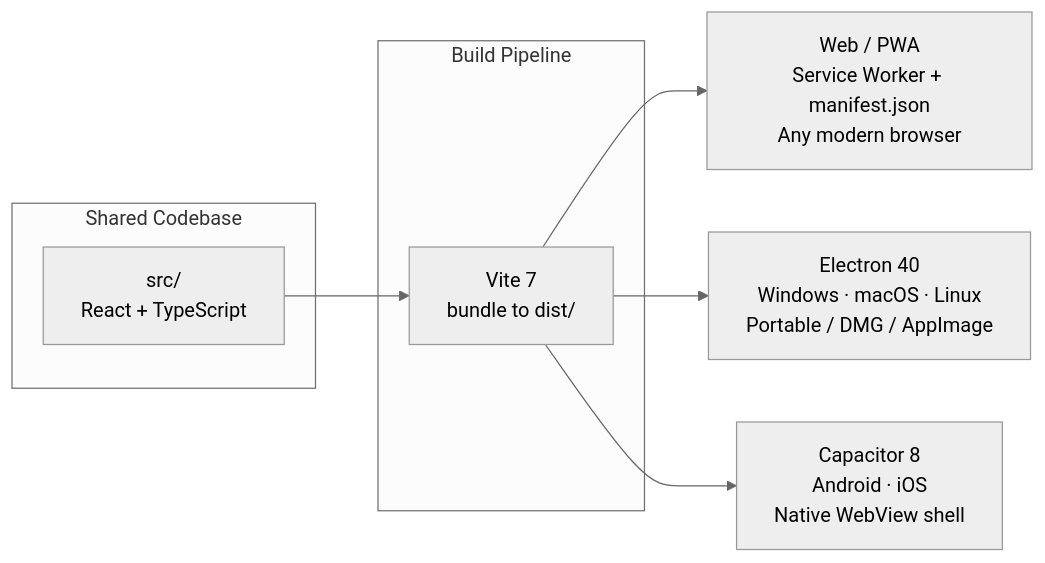
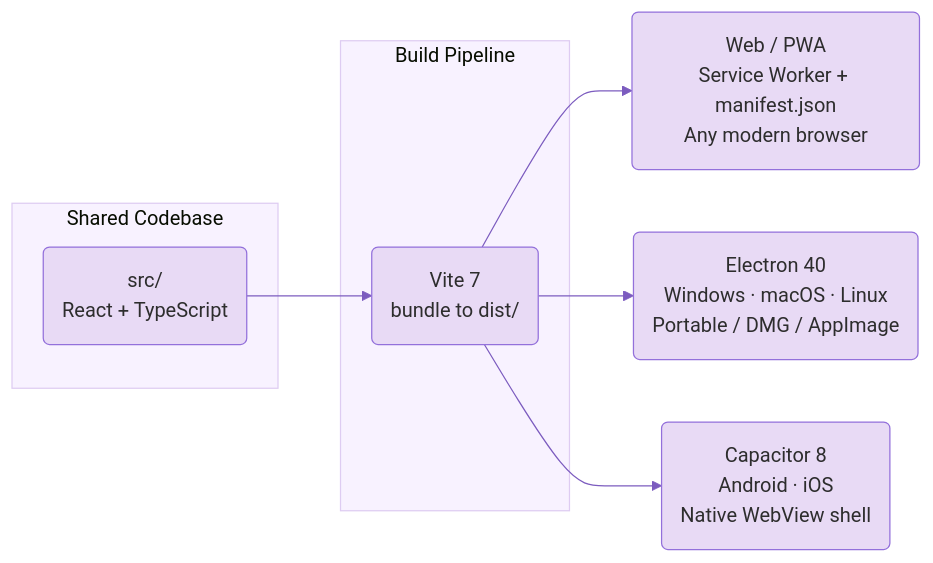
The ninth of 9 diagrams in README.md (scottdreinhart/tictactoe), drawn with Mermaid before and after one commit. The commit also changed other lines of this file, not shown here.

Commit message:
docs: use lilac/purple theme with rounded nodes for all Mermaid diagrams

````diff
--- a/README.md
+++ b/README.md
@@ -1034,17 +1034,17 @@
 ```mermaid
-%%{init: {'theme': 'neutral'}}%%
+%%{init: {'theme': 'base', 'themeVariables': {'primaryColor': '#e8daf5', 'primaryTextColor': '#2d2d2d', 'primaryBorderColor': '#9370DB', 'lineColor': '#7c5cbf', 'secondaryColor': '#f0e6ff', 'tertiaryColor': '#f8f2ff', 'fontFamily': 'system-ui'}}}%%
 graph LR
     subgraph Source["Shared Codebase"]
-        src["src/\nReact + TypeScript"]
+        src("src/\nReact + TypeScript")
     end
 
     subgraph Build["Build Pipeline"]
-        vite["Vite 7\nbundle to dist/"]
+        vite("Vite 7\nbundle to dist/")
     end
 
     src --> vite
 
-    vite --> web["Web / PWA\nService Worker + manifest.json\nAny modern browser"]
-    vite --> electron["Electron 40\nWindows · macOS · Linux\nPortable / DMG / AppImage"]
-    vite --> capacitor["Capacitor 8\nAndroid · iOS\nNative WebView shell"]
+    vite --> web("Web / PWA\nService Worker + manifest.json\nAny modern browser")
+    vite --> electron("Electron 40\nWindows · macOS · Linux\nPortable / DMG / AppImage")
+    vite --> capacitor("Capacitor 8\nAndroid · iOS\nNative WebView shell")
 ```
````
